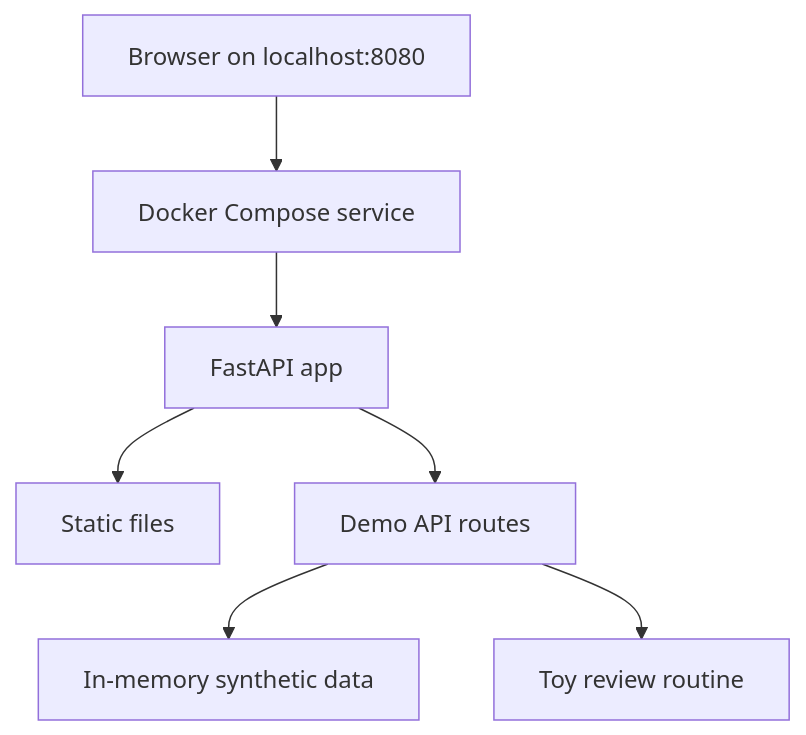
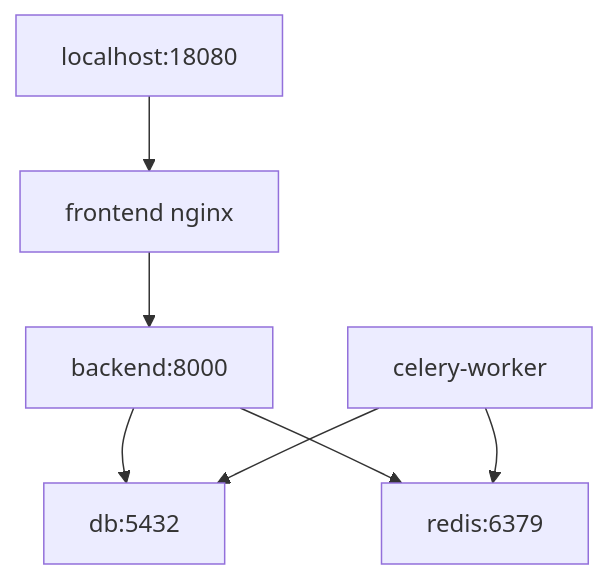
Before and after one commit to jinjinwa/upup-review-assistant: the second of 5 diagrams in docs/architecture.md, drawn with Mermaid. The commit also changed other lines of this file and 93 other files, not shown here.

````diff
--- a/docs/architecture.md
+++ b/docs/architecture.md
@@ -18,9 +18,9 @@
 ```mermaid
 flowchart TB
-  B["Browser on localhost:8080"] --> C["Docker Compose service"]
-  C --> F["FastAPI app"]
-  F --> H["Static files"]
-  F --> M["Demo API routes"]
-  M --> D["In-memory synthetic data"]
-  M --> R["Toy review routine"]
+  Browser["localhost:18080"] --> Nginx["frontend nginx"]
+  Nginx --> Backend["backend:8000"]
+  Backend --> Postgres["db:5432"]
+  Backend --> Redis["redis:6379"]
+  Worker["celery-worker"] --> Redis
+  Worker --> Postgres
 ```
````
